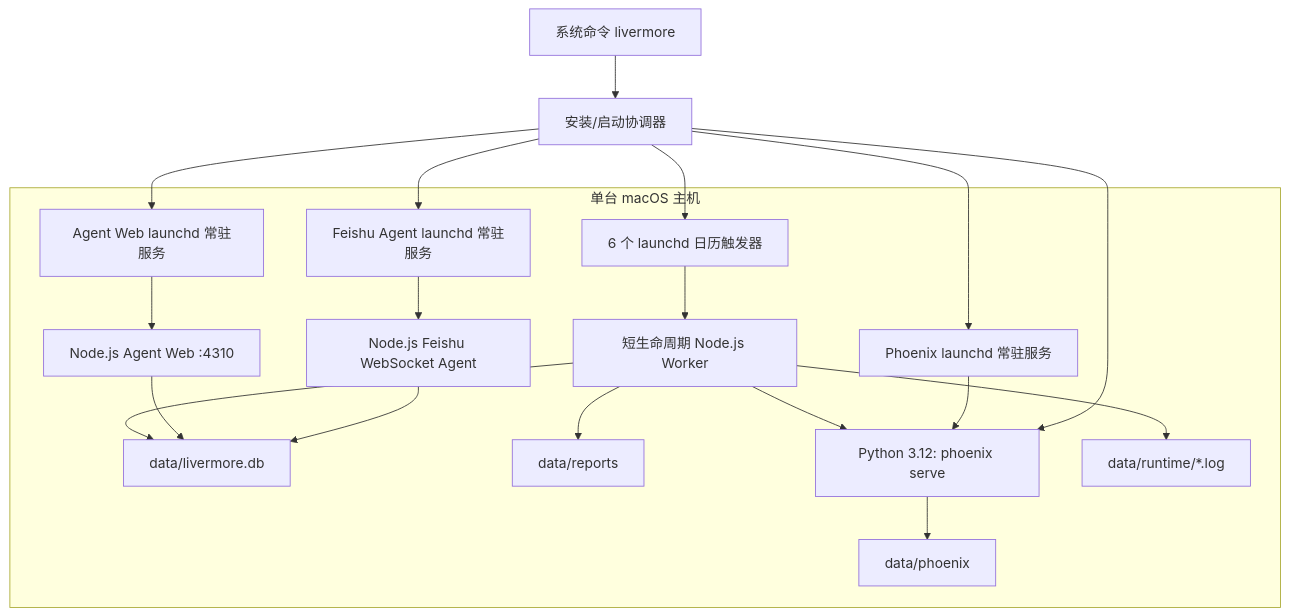
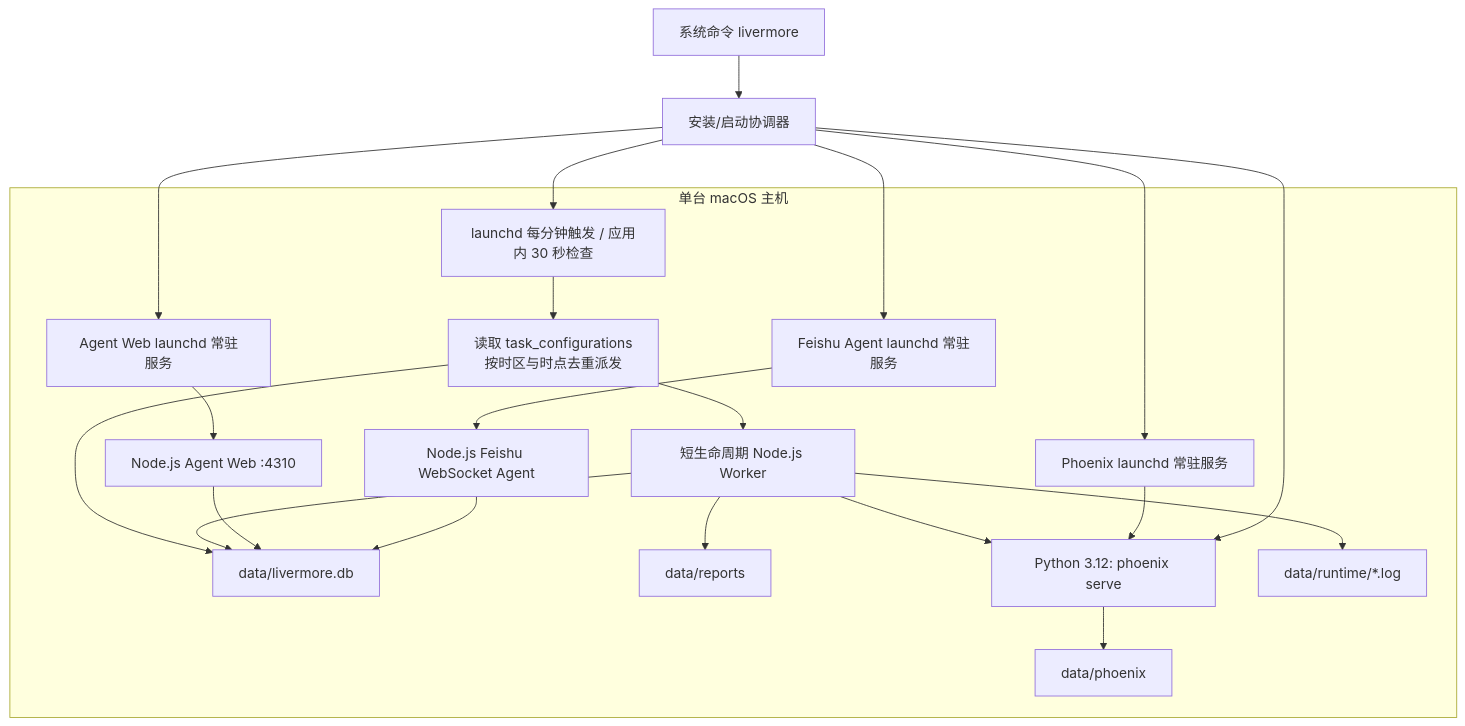
One commit to fishisnow/livermore changed the sixth of 6 diagrams in docs/ARCHITECTURE.md. Above: the diagram before and after it, drawn with Mermaid. The commit also changed other lines of this file and 75 other files, not shown here.

````diff
--- a/docs/ARCHITECTURE.md
+++ b/docs/ARCHITECTURE.md
@@ -213,34 +238,37 @@
 ```mermaid
 flowchart TB
     Terminal["系统命令 livermore"] --> Bootstrap["安装/启动协调器"]
     subgraph Mac["单台 macOS 主机"]
-      Launchd["6 个 launchd 日历触发器"]
+      Launchd["launchd 每分钟触发 / 应用内 30 秒检查"]
+      Scheduler["读取 task_configurations\n按时区与时点去重派发"]
       PhoenixLaunchd["Phoenix launchd 常驻服务"]
       WebLaunchd["Agent Web launchd 常驻服务"]
       FeishuLaunchd["Feishu Agent launchd 常驻服务"]
       WebProcess["Node.js Agent Web :4310"]
       FeishuProcess["Node.js Feishu WebSocket Agent"]
       Node["短生命周期 Node.js Worker"]
       AppDB["data/livermore.db"]
       Files["data/reports"]
       PhoenixProcess["Python 3.12: phoenix serve"]
       TraceDB["data/phoenix"]
       Logs["data/runtime/*.log"]
-      Launchd --> Node
+      Launchd --> Scheduler
+      Scheduler --> AppDB
+      Scheduler --> Node
       Node --> AppDB
       Node --> Files
       Node --> PhoenixProcess
       PhoenixProcess --> TraceDB
       Node --> Logs
       PhoenixLaunchd --> PhoenixProcess
       WebLaunchd --> WebProcess
       WebProcess --> AppDB
       FeishuLaunchd --> FeishuProcess
       FeishuProcess --> AppDB
     end
     Bootstrap --> Launchd
     Bootstrap --> PhoenixLaunchd
     Bootstrap --> WebLaunchd
     Bootstrap --> FeishuLaunchd
     Bootstrap --> PhoenixProcess
 ```
````
